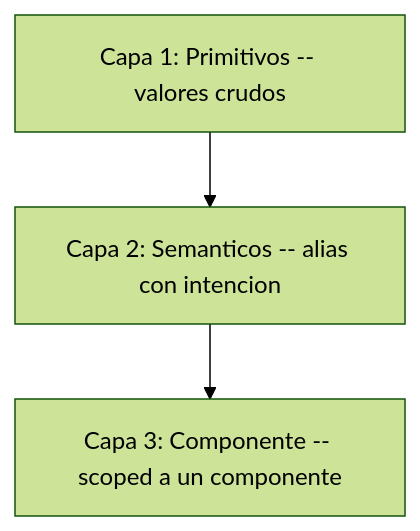
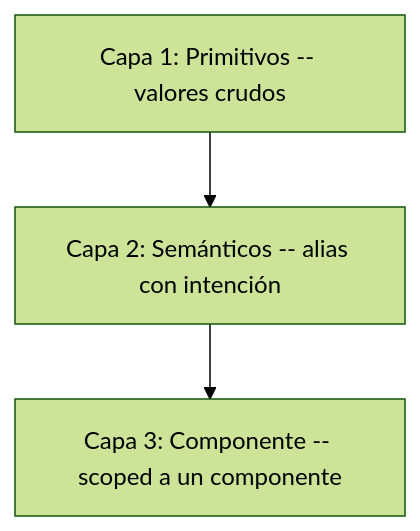
Before and after one commit to karenrebecag/Portfolio2026: the first of 6 diagrams in apps/web/src/content/projects/design-system-ships-itself-es.md, drawn with Mermaid (forest theme). The commit also changed other lines of this file and 33 other files, not shown here.

````diff
--- a/apps/web/src/content/projects/design-system-ships-itself-es.md
+++ b/apps/web/src/content/projects/design-system-ships-itself-es.md
@@ -70,5 +120,5 @@
-```mermaid Jerarquia de capas
+```mermaid Jerarquía de capas
 graph TD
-  P["Capa 1: Primitivos -- valores crudos"] --> S["Capa 2: Semanticos -- alias con intencion"]
+  P["Capa 1: Primitivos -- valores crudos"] --> S["Capa 2: Semánticos -- alias con intención"]
   S --> C["Capa 3: Componente -- scoped a un componente"]
 ```
````
